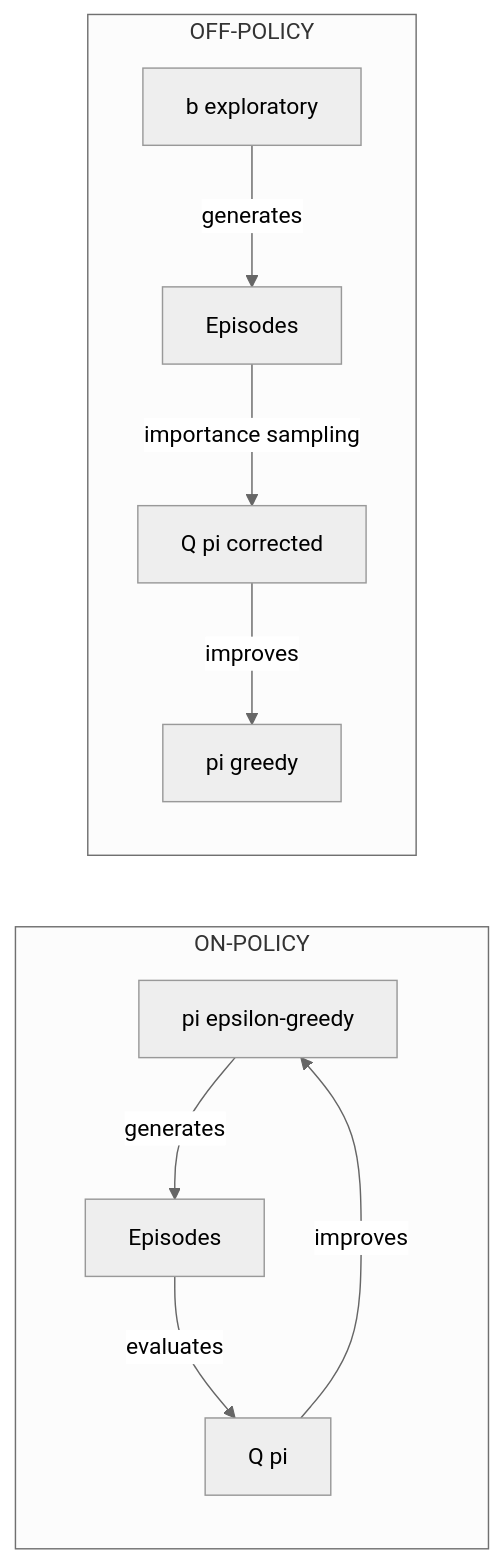
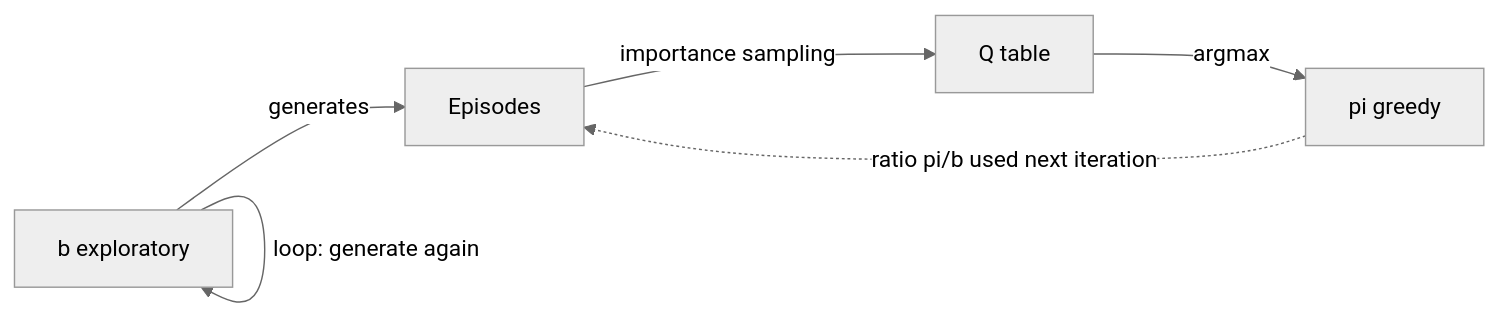
The third of 8 diagrams in barto-sutton-notes/lecture4-montecarlo/lecture4-mc.md (samratkar/drl), drawn with Mermaid (neutral theme) before and after one commit. The commit also changed other lines of this file, not shown here.

````diff
--- a/barto-sutton-notes/lecture4-montecarlo/lecture4-mc.md
+++ b/barto-sutton-notes/lecture4-montecarlo/lecture4-mc.md
@@ -465,14 +478,8 @@
 ```mermaid
 flowchart LR
-    subgraph OnPolicy [ON-POLICY]
-        PI_ON[pi epsilon-greedy] -->|generates| EP_ON[Episodes]
-        EP_ON -->|evaluates| Q_ON[Q pi]
-        Q_ON -->|improves| PI_ON
-    end
-
-    subgraph OffPolicy [OFF-POLICY]
-        B[b exploratory] -->|generates| EP_OFF[Episodes]
-        EP_OFF -->|importance sampling| Q_OFF[Q pi corrected]
-        Q_OFF -->|improves| PI_OFF[pi greedy]
-    end
+    B[b exploratory] -->|generates| EP[Episodes]
+    EP -->|importance sampling| Q[Q table]
+    Q -->|argmax| PI[pi greedy]
+    PI -.->|ratio pi/b used next iteration| EP
+    B -->|loop: generate again| B
 ```
````
